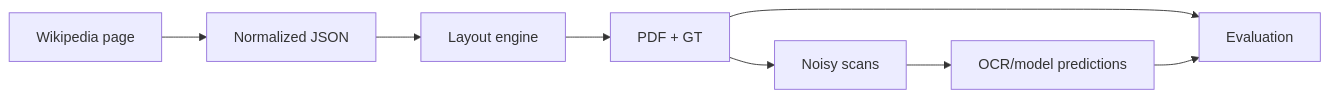
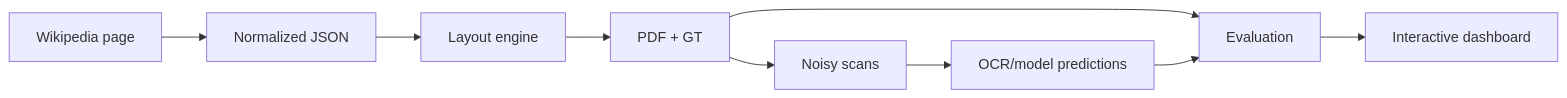
The first of 2 diagrams in README.md (vorobev-danila/PolyDocBench), drawn with Mermaid before and after one commit. The commit also changed other lines of this file and 21 other files, not shown here.

````diff
--- a/README.md
+++ b/README.md
@@ -24,10 +24,11 @@
 ```mermaid
 flowchart LR
     A[Wikipedia page] --> B[Normalized JSON]
     B --> C[Layout engine]
     C --> D[PDF + GT]
     D --> E[Noisy scans]
     E --> F[OCR/model predictions]
     D --> G[Evaluation]
     F --> G
+    G --> H[Interactive dashboard]
 ```
````
